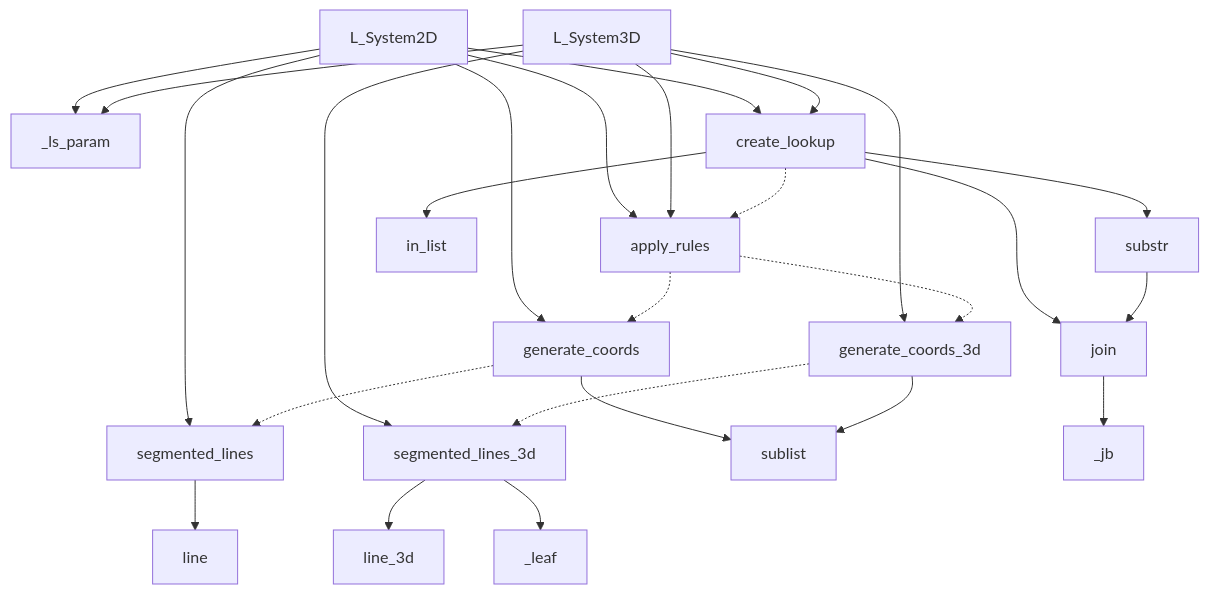
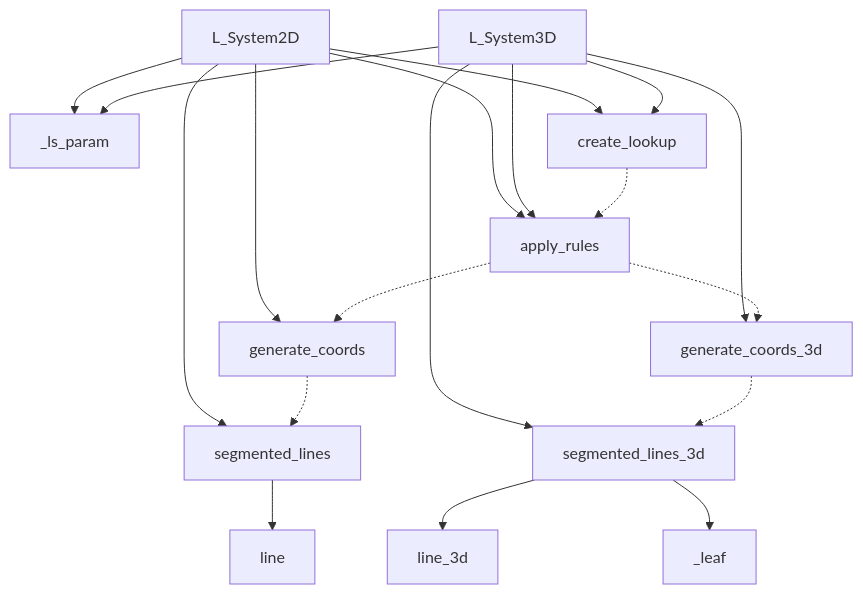
The diagram in README.md (CameronBrooks11/L-System-SCAD), drawn with Mermaid before and after one commit. The commit also changed other lines of this file and 14 other files, not shown here.

````diff
--- a/README.md
+++ b/README.md
@@ -144,34 +147,24 @@
 ```mermaid
 graph TD
   L_System2D --> _ls_param
   L_System2D --> create_lookup
   L_System2D --> apply_rules
   L_System2D --> generate_coords
   L_System2D --> segmented_lines
 
   L_System3D --> _ls_param
   L_System3D --> create_lookup
   L_System3D --> apply_rules
   L_System3D --> generate_coords_3d
   L_System3D --> segmented_lines_3d
 
-  create_lookup --> substr
-  create_lookup --> in_list
-  create_lookup --> join
-
-  substr --> join
-  generate_coords --> sublist
-  generate_coords_3d --> sublist
-
   segmented_lines --> line
   segmented_lines_3d --> line_3d
   segmented_lines_3d --> _leaf
-
-  join --> _jb
 
   create_lookup -.-> apply_rules
   apply_rules -.-> generate_coords
   apply_rules -.-> generate_coords_3d
   generate_coords -.-> segmented_lines
   generate_coords_3d -.-> segmented_lines_3d
 ```
````
